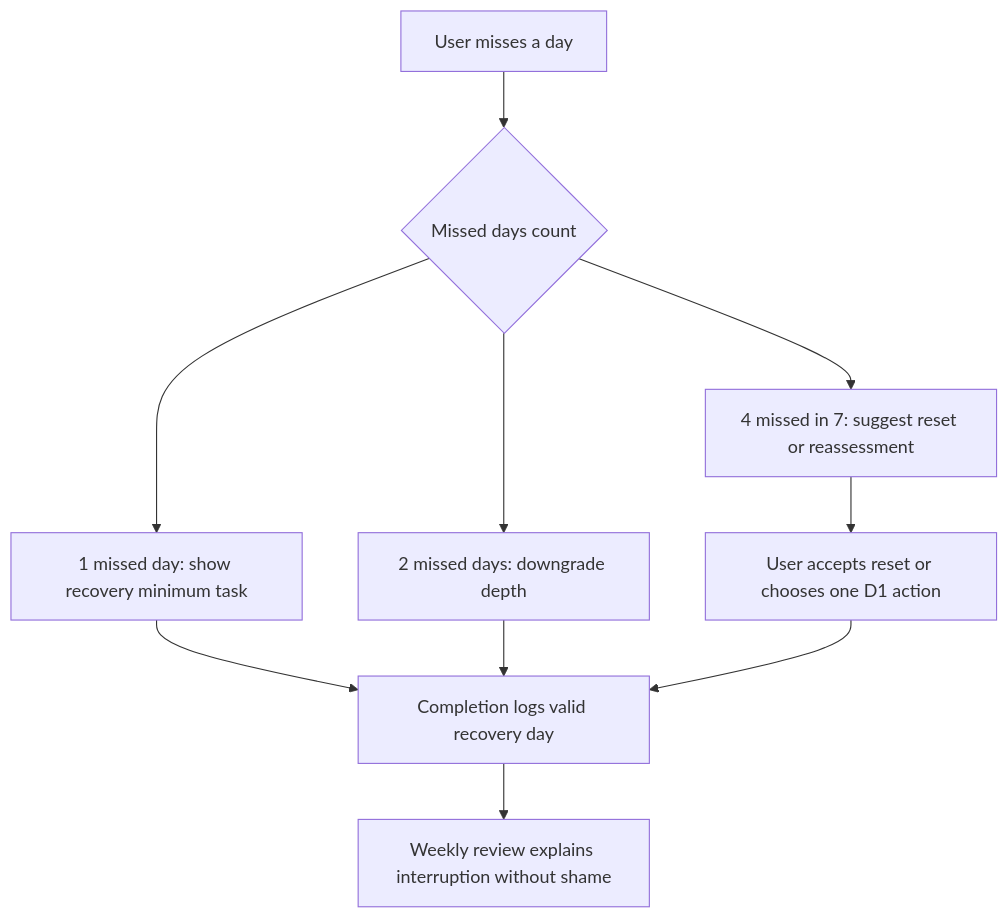
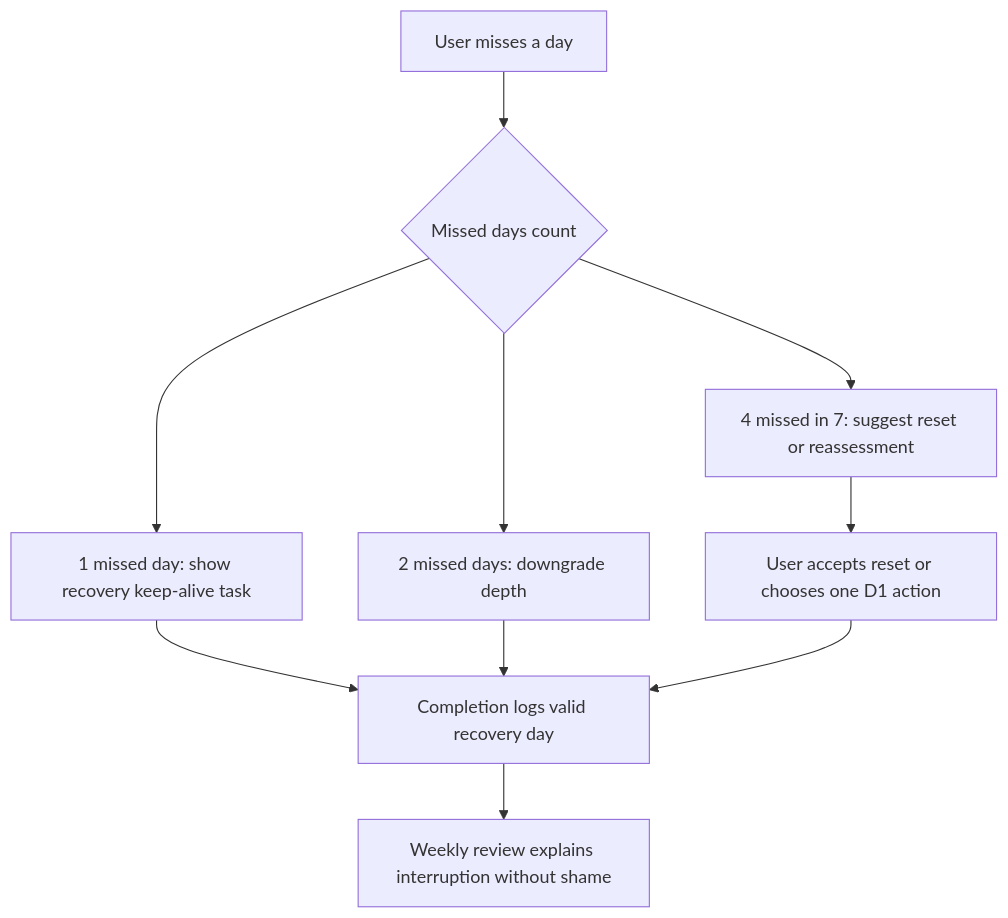
The second of 2 diagrams in docs/StayThread_PRD_Requirements_v0.5_American_English.md (masling/StayThread), drawn with Mermaid before and after one commit. The commit also changed other lines of this file and 18 other files, not shown here.

````diff
--- a/docs/StayThread_PRD_Requirements_v0.5_American_English.md
+++ b/docs/StayThread_PRD_Requirements_v0.5_American_English.md
@@ -184,12 +194,12 @@
 ```mermaid
 flowchart TD
   A["User misses a day"] --> B{"Missed days count"}
-  B --> C["1 missed day: show recovery minimum task"]
+  B --> C["1 missed day: show recovery keep-alive task"]
   B --> D["2 missed days: downgrade depth"]
   B --> E["4 missed in 7: suggest reset or reassessment"]
   C --> F["Completion logs valid recovery day"]
   D --> F
   E --> G["User accepts reset or chooses one D1 action"]
   G --> F
   F --> H["Weekly review explains interruption without shame"]
 ```
````
